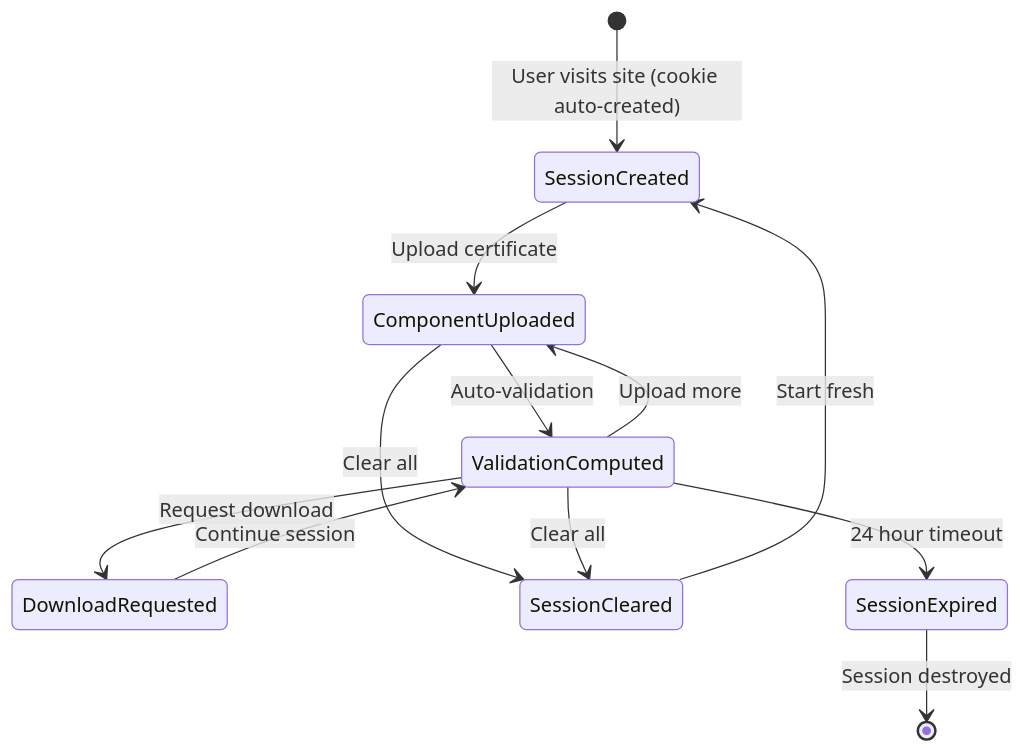
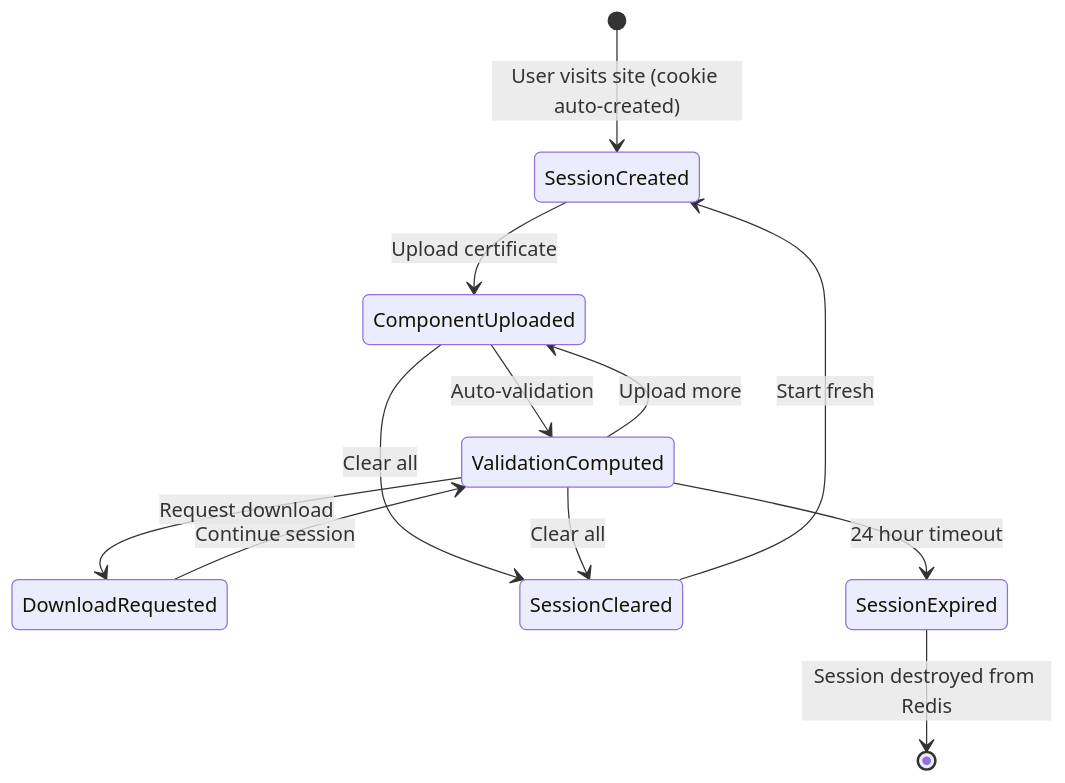
Before and after one commit to fuhdan/certificate-tools: diagram 11 of 13 in TECHNICAL.md, drawn with Mermaid. The commit also changed other lines of this file and 1 other file, not shown here.

````diff
--- a/TECHNICAL.md
+++ b/TECHNICAL.md
@@ -952,14 +1115,14 @@
 ```mermaid
 stateDiagram-v2
     [*] --> SessionCreated: User visits site (cookie auto-created)
     SessionCreated --> ComponentUploaded: Upload certificate
     ComponentUploaded --> ValidationComputed: Auto-validation
     ValidationComputed --> ComponentUploaded: Upload more
     ValidationComputed --> DownloadRequested: Request download
     DownloadRequested --> ValidationComputed: Continue session
     ComponentUploaded --> SessionCleared: Clear all
     ValidationComputed --> SessionCleared: Clear all
     SessionCleared --> SessionCreated: Start fresh
     ValidationComputed --> SessionExpired: 24 hour timeout
-    SessionExpired --> [*]: Session destroyed
+    SessionExpired --> [*]: Session destroyed from Redis
 ```
````
